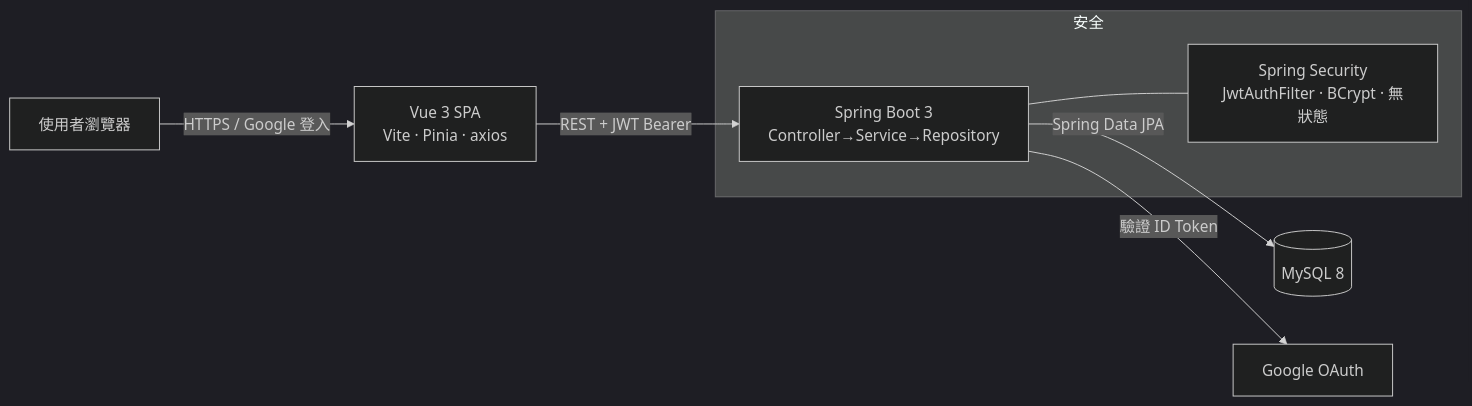
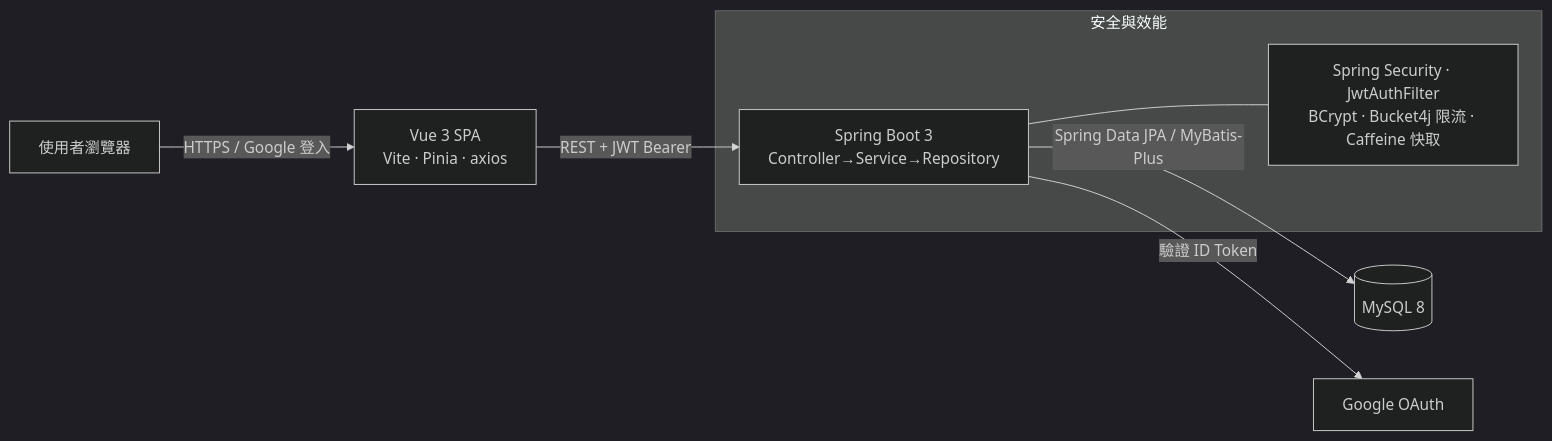
Before and after one commit to kensong0518/voyago-fullstack: the first of 2 diagrams in README.md, drawn with Mermaid (dark theme). The commit also changed other lines of this file and 1 other file, not shown here.

````diff
--- a/README.md
+++ b/README.md
@@ -9,10 +19,10 @@
 ```mermaid
 flowchart LR
   U[使用者瀏覽器] -->|HTTPS / Google 登入| FE[Vue 3 SPA<br/>Vite · Pinia · axios]
   FE -->|REST + JWT Bearer| API[Spring Boot 3<br/>Controller→Service→Repository]
-  API -->|Spring Data JPA| DB[(MySQL 8)]
+  API -->|Spring Data JPA / MyBatis-Plus| DB[(MySQL 8)]
   API -->|驗證 ID Token| G[Google OAuth]
-  subgraph 安全
-    API --- SEC[Spring Security<br/>JwtAuthFilter · BCrypt · 無狀態]
+  subgraph 安全與效能
+    API --- SEC[Spring Security · JwtAuthFilter<br/>BCrypt · Bucket4j 限流 · Caffeine 快取]
   end
 ```
````
